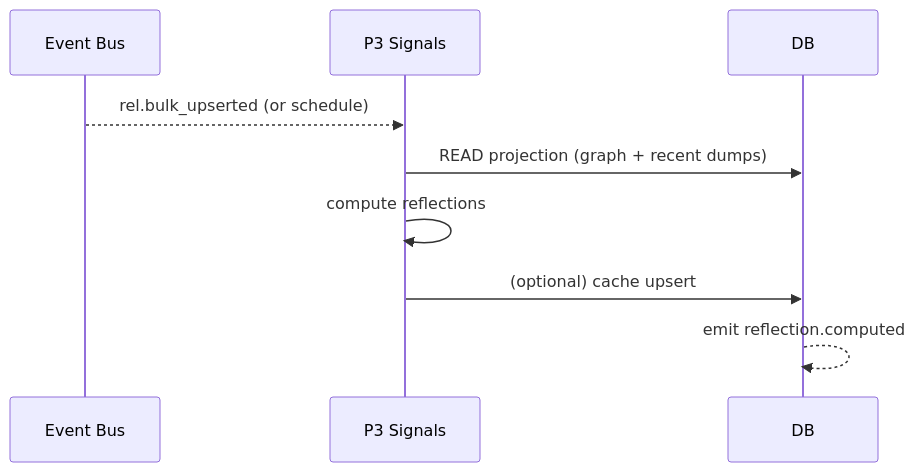
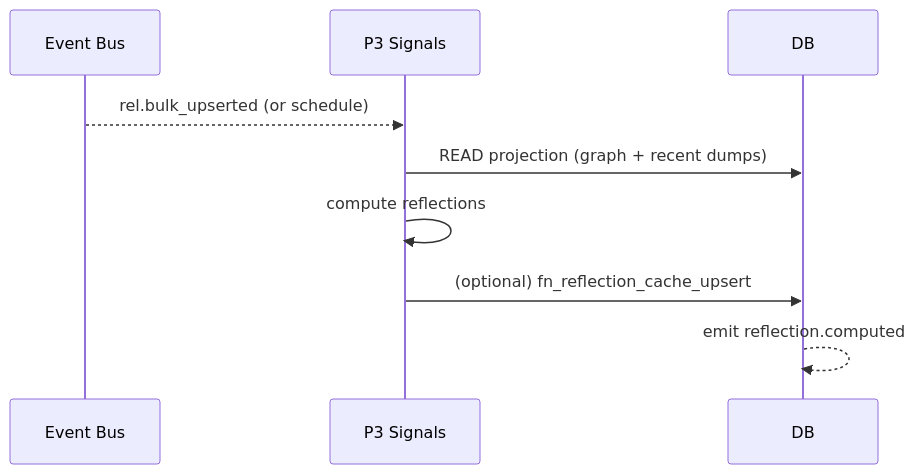
Before and after one commit to Kvkthecreator/rightnow-agent-app-fullstack: the fourth of 5 diagrams in docs/YARNNN_SUBSTRATE_RUNTIME.md, drawn with Mermaid. The commit also changed other lines of this file and 7 other files, not shown here.

````diff
--- a/docs/YARNNN_SUBSTRATE_RUNTIME.md
+++ b/docs/YARNNN_SUBSTRATE_RUNTIME.md
@@ -98,11 +115,11 @@
 ```mermaid
 sequenceDiagram
 participant EV as Event Bus
 participant P3 as P3 Signals
 participant DB as DB
 EV-->>P3: rel.bulk_upserted (or schedule)
 P3->>DB: READ projection (graph + recent dumps)
 P3->>P3: compute reflections
-P3->>DB: (optional) cache upsert
+P3->>DB: (optional) fn_reflection_cache_upsert
 DB-->>DB: emit reflection.computed
 ```
````
